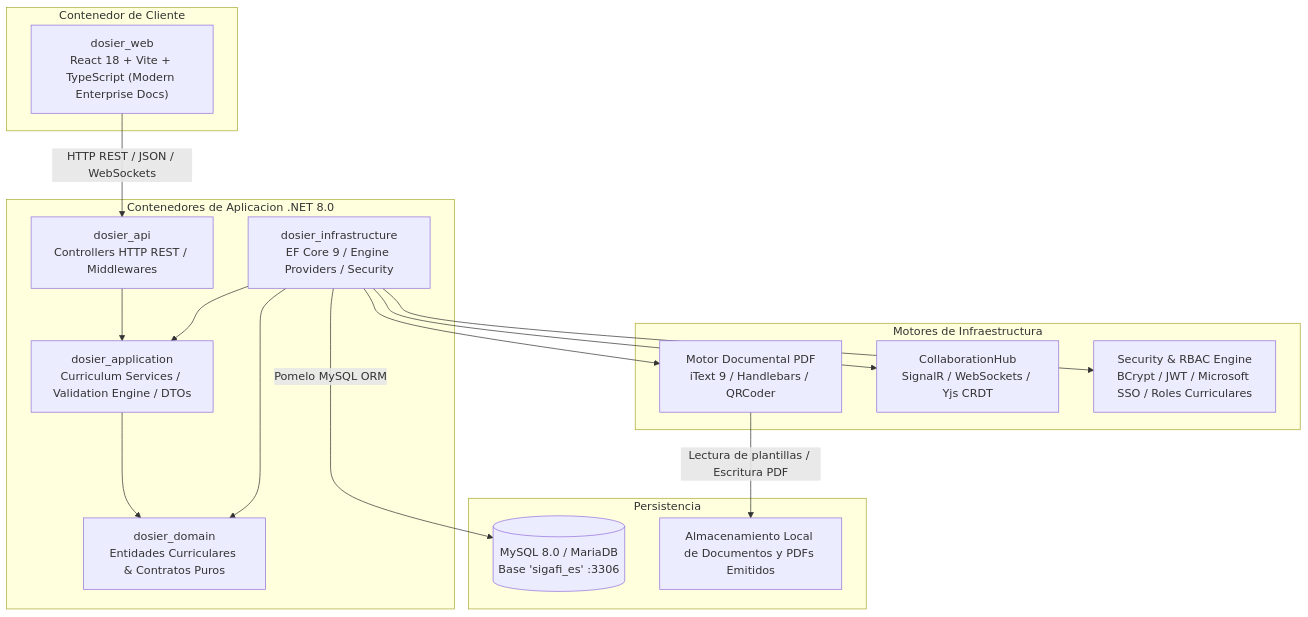
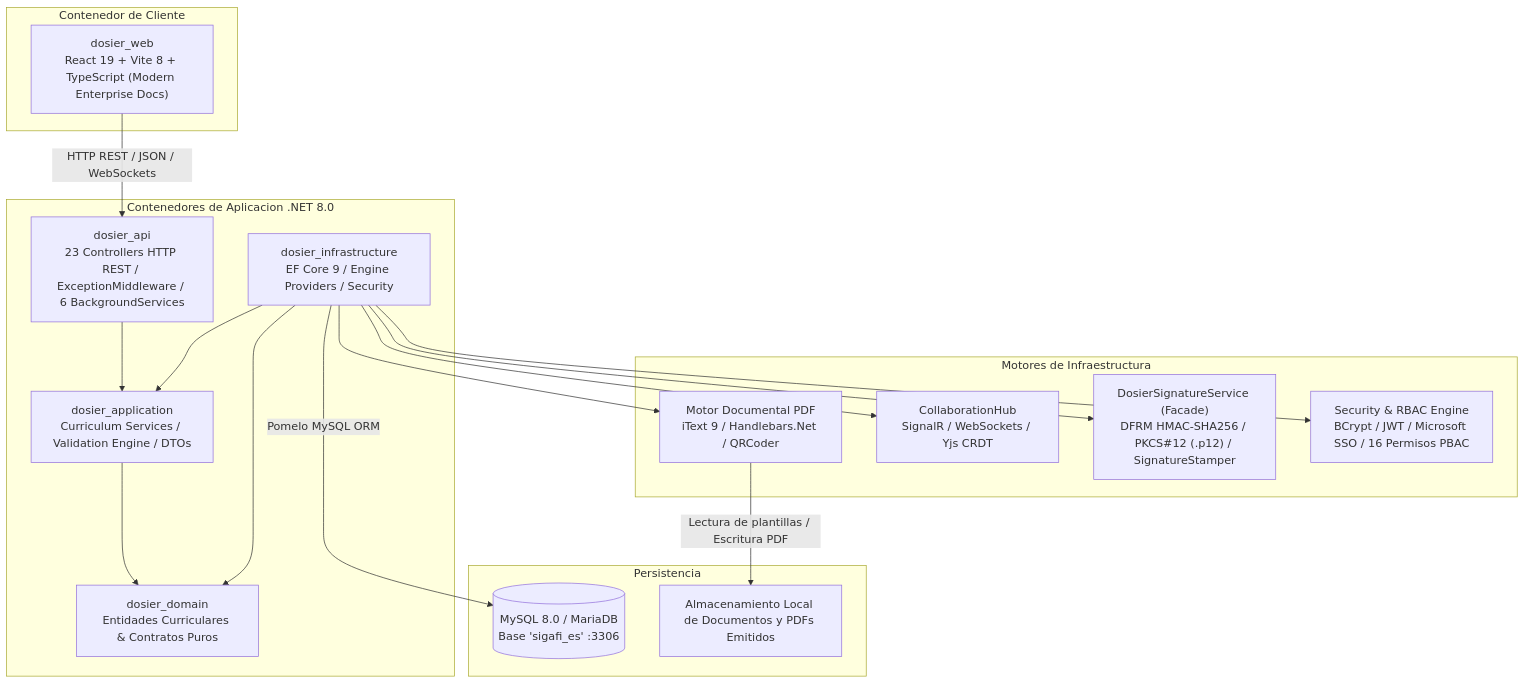
One commit to JorgeDoicela/dosier changed the third of 3 diagrams in docs/documentacion/01-arquitectura/01-macro-arquitectura-clean-arch.md. Above: the diagram before and after it, drawn with Mermaid. The commit also changed other lines of this file and 35 other files, not shown here.

````diff
--- a/docs/documentacion/01-arquitectura/01-macro-arquitectura-clean-arch.md
+++ b/docs/documentacion/01-arquitectura/01-macro-arquitectura-clean-arch.md
@@ -91,38 +91,40 @@
 ```mermaid
 graph TB
     subgraph Clients [Contenedor de Cliente]
-        WebClient["dosier_web\nReact 18 + Vite + TypeScript (Modern Enterprise Docs)"]
+        WebClient["dosier_web\nReact 19 + Vite 8 + TypeScript (Modern Enterprise Docs)"]
     end
 
     subgraph BackendServices [Contenedores de Aplicacion .NET 8.0]
-        APIContainer["dosier_api\nControllers HTTP REST / Middlewares"]
+        APIContainer["dosier_api\n23 Controllers HTTP REST / ExceptionMiddleware / 6 BackgroundServices"]
         AppContainer["dosier_application\nCurriculum Services / Validation Engine / DTOs"]
         DomainContainer["dosier_domain\nEntidades Curriculares & Contratos Puros"]
         InfraContainer["dosier_infrastructure\nEF Core 9 / Engine Providers / Security"]
     end
 
     subgraph SpecializedEngines [Motores de Infraestructura]
-        DocEngine["Motor Documental PDF\niText 9 / Handlebars / QRCoder"]
+        DocEngine["Motor Documental PDF\niText 9 / Handlebars.Net / QRCoder"]
         CoWorkHub["CollaborationHub\nSignalR / WebSockets / Yjs CRDT"]
-        SecurityEngine["Security & RBAC Engine\nBCrypt / JWT / Microsoft SSO / Roles Curriculares"]
+        SignatureEngine["DosierSignatureService (Facade)\nDFRM HMAC-SHA256 / PKCS#12 (.p12) / SignatureStamper"]
+        SecurityEngine["Security & RBAC Engine\nBCrypt / JWT / Microsoft SSO / 16 Permisos PBAC"]
     end
 
     subgraph DataStorage [Persistencia]
         DB[(MySQL 8.0 / MariaDB\nBase 'sigafi_es' :3306)]
         FileStore["Almacenamiento Local de Documentos y PDFs Emitidos"]
     end
 
     WebClient -->|HTTP REST / JSON / WebSockets| APIContainer
 
     APIContainer --> AppContainer
     AppContainer --> DomainContainer
     InfraContainer --> DomainContainer
     InfraContainer --> AppContainer
 
     InfraContainer --> DocEngine
     InfraContainer --> CoWorkHub
+    InfraContainer --> SignatureEngine
     InfraContainer --> SecurityEngine
 
     InfraContainer -->|Pomelo MySQL ORM| DB
     DocEngine -->|Lectura de plantillas / Escritura PDF| FileStore
 ```
````
